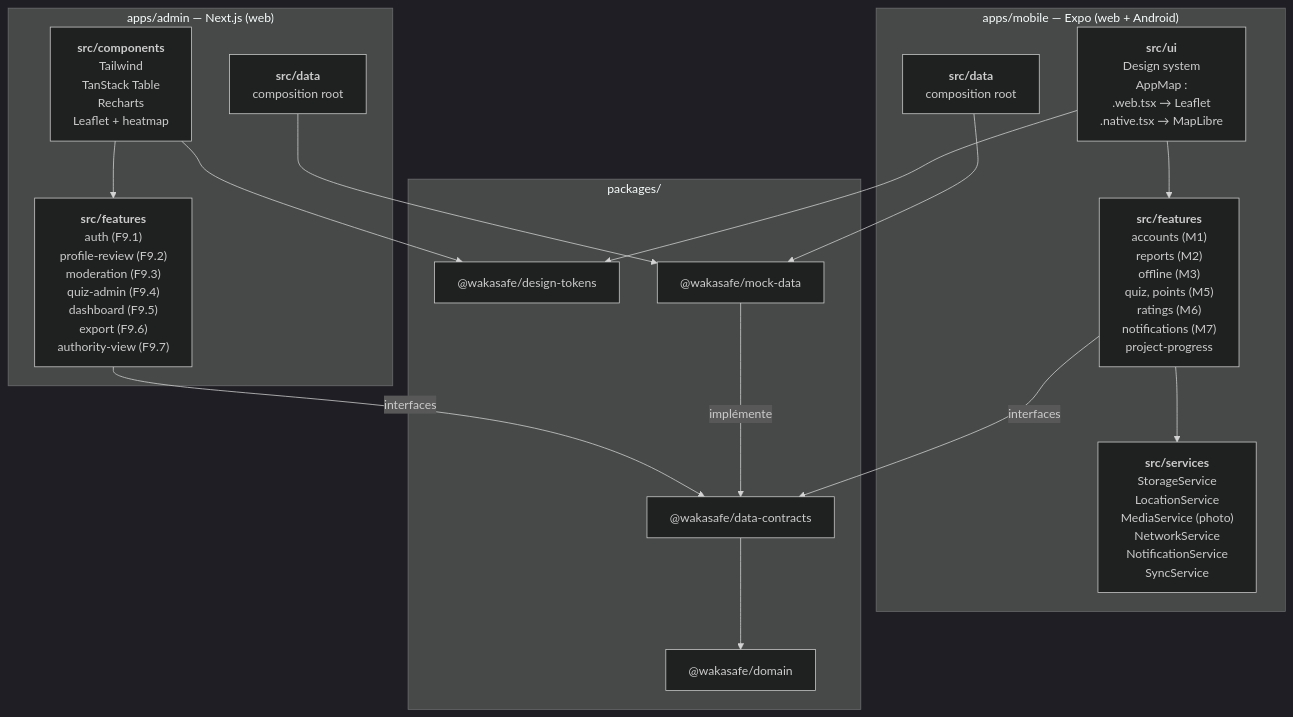
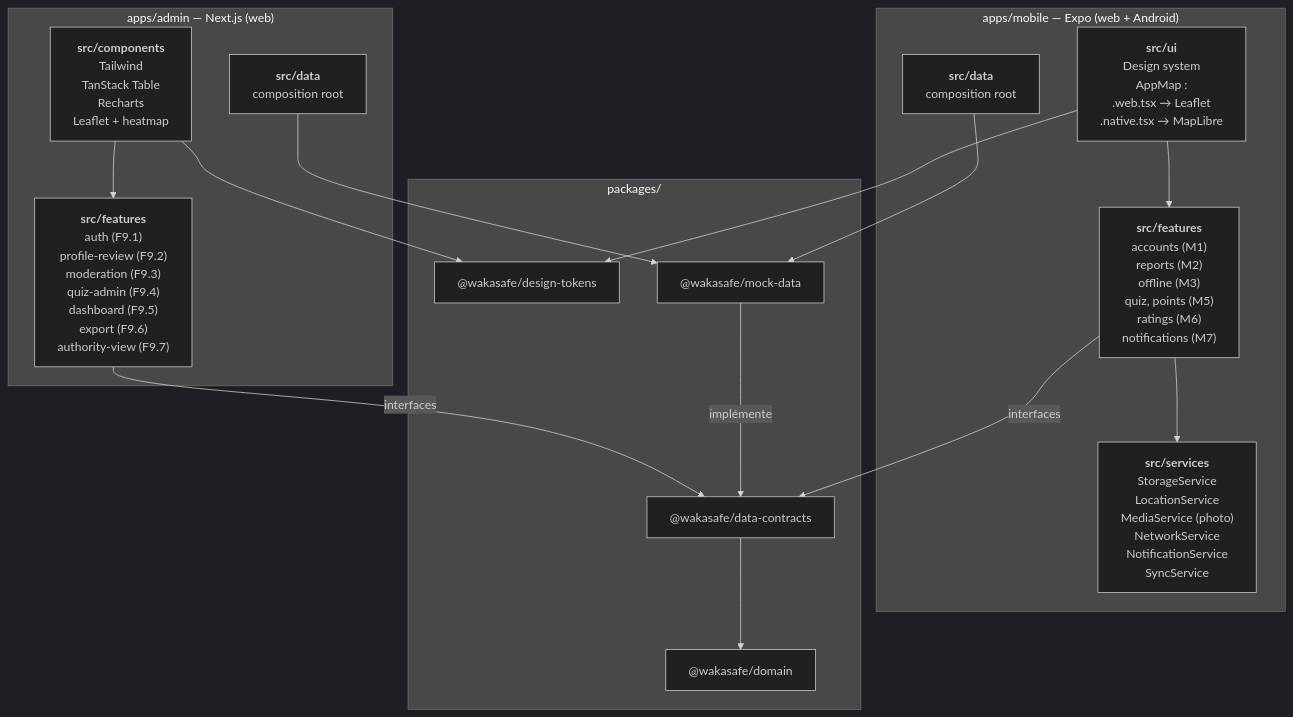
Before and after one commit to M-Riq/wakaSafe: the second of 2 diagrams in docs/diagrams/03-components.md, drawn with Mermaid (dark theme). The commit also changed 34 other files, not shown here.

First line of the commit message:
fix(mobile): hide internal project progress from the app

````diff
--- a/docs/diagrams/03-components.md
+++ b/docs/diagrams/03-components.md
@@ -48,34 +48,34 @@
 ```mermaid
 flowchart TB
     subgraph MOBILE["apps/mobile — Expo (web + Android)"]
         M_UI["<b>src/ui</b><br/>Design system<br/>AppMap :<br/>.web.tsx → Leaflet<br/>.native.tsx → MapLibre"]
-        M_FEAT["<b>src/features</b><br/>accounts (M1)<br/>reports (M2)<br/>offline (M3)<br/>quiz, points (M5)<br/>ratings (M6)<br/>notifications (M7)<br/>project-progress"]
+        M_FEAT["<b>src/features</b><br/>accounts (M1)<br/>reports (M2)<br/>offline (M3)<br/>quiz, points (M5)<br/>ratings (M6)<br/>notifications (M7)"]
         M_SVC["<b>src/services</b><br/>StorageService<br/>LocationService<br/>MediaService (photo)<br/>NetworkService<br/>NotificationService<br/>SyncService"]
         M_DATA["<b>src/data</b><br/>composition root"]
         M_UI --> M_FEAT
         M_FEAT --> M_SVC
     end
 
     subgraph ADMINAPP["apps/admin — Next.js (web)"]
         A_UI["<b>src/components</b><br/>Tailwind<br/>TanStack Table<br/>Recharts<br/>Leaflet + heatmap"]
         A_FEAT["<b>src/features</b><br/>auth (F9.1)<br/>profile-review (F9.2)<br/>moderation (F9.3)<br/>quiz-admin (F9.4)<br/>dashboard (F9.5)<br/>export (F9.6)<br/>authority-view (F9.7)"]
         A_DATA["<b>src/data</b><br/>composition root"]
         A_UI --> A_FEAT
     end
 
     subgraph PKG["packages/"]
         P_TOK["@wakasafe/design-tokens"]
         P_MOCK["@wakasafe/mock-data"]
         P_CON["@wakasafe/data-contracts"]
         P_DOM["@wakasafe/domain"]
         P_MOCK -- implémente --> P_CON
         P_CON --> P_DOM
     end
 
     M_UI --> P_TOK
     A_UI --> P_TOK
     M_FEAT -- interfaces --> P_CON
     A_FEAT -- interfaces --> P_CON
     M_DATA --> P_MOCK
     A_DATA --> P_MOCK
 ```
````
